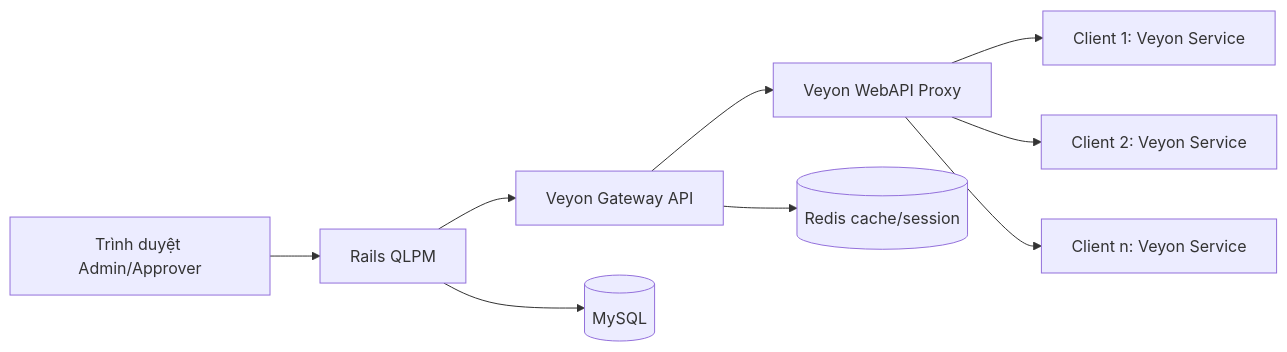
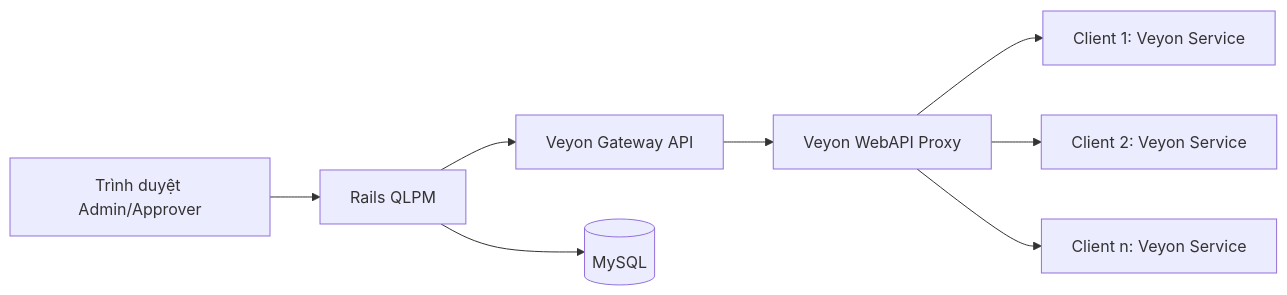
The diagram in docs/veyon/architecture.md (Kazt2407/qlpm), drawn with Mermaid before and after one commit. The commit also changed other lines of this file and 62 other files, not shown here.

````diff
--- a/docs/veyon/architecture.md
+++ b/docs/veyon/architecture.md
@@ -17,12 +17,11 @@
 ```mermaid
 flowchart LR
   U[Trình duyệt Admin/Approver] --> R[Rails QLPM]
   R --> G[Veyon Gateway API]
   G --> W[Veyon WebAPI Proxy]
   W --> C1[Client 1: Veyon Service]
   W --> C2[Client 2: Veyon Service]
   W --> Cn[Client n: Veyon Service]
 
   R --> DB[(MySQL)]
-  G --> REDIS[(Redis cache/session)]
 ```
````
